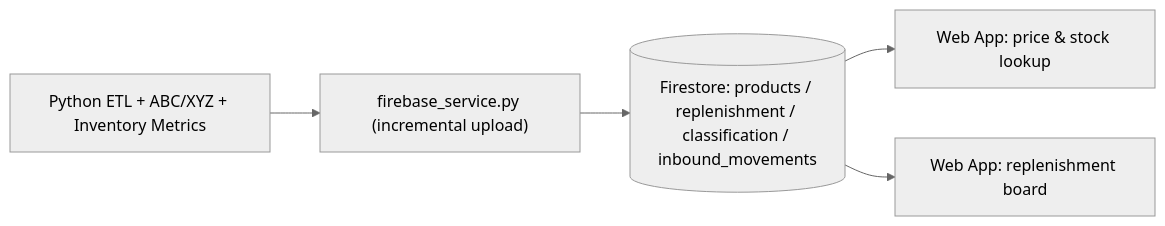
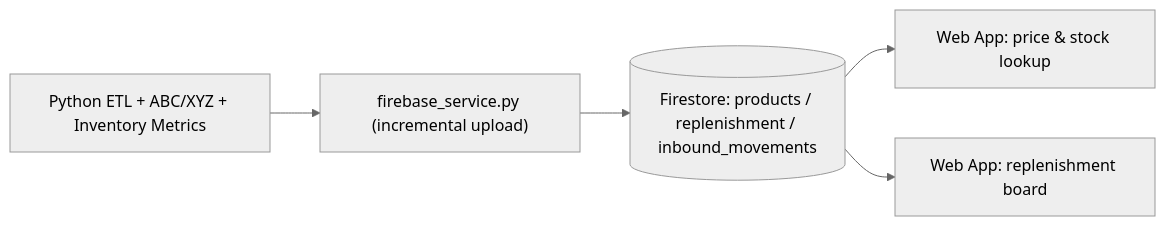
The second of 2 diagrams in README.md (chengchakkwong/POS-Data-Analytics-Pipeline), drawn with Mermaid (neutral theme) before and after one commit. The commit also changed other lines of this file and 1 other file, not shown here.

````diff
--- a/README.md
+++ b/README.md
@@ -84,7 +106,7 @@
 ```mermaid
 flowchart LR
   ETL["Python ETL + ABC/XYZ + Inventory Metrics"] --> Upload["firebase_service.py (incremental upload)"]
-  Upload --> FS[("Firestore: products / replenishment / classification / inbound_movements")]
+  Upload --> FS[("Firestore: products / replenishment / inbound_movements")]
   FS --> Scan["Web App: price & stock lookup"]
   FS --> Repl["Web App: replenishment board"]
 ```
````
